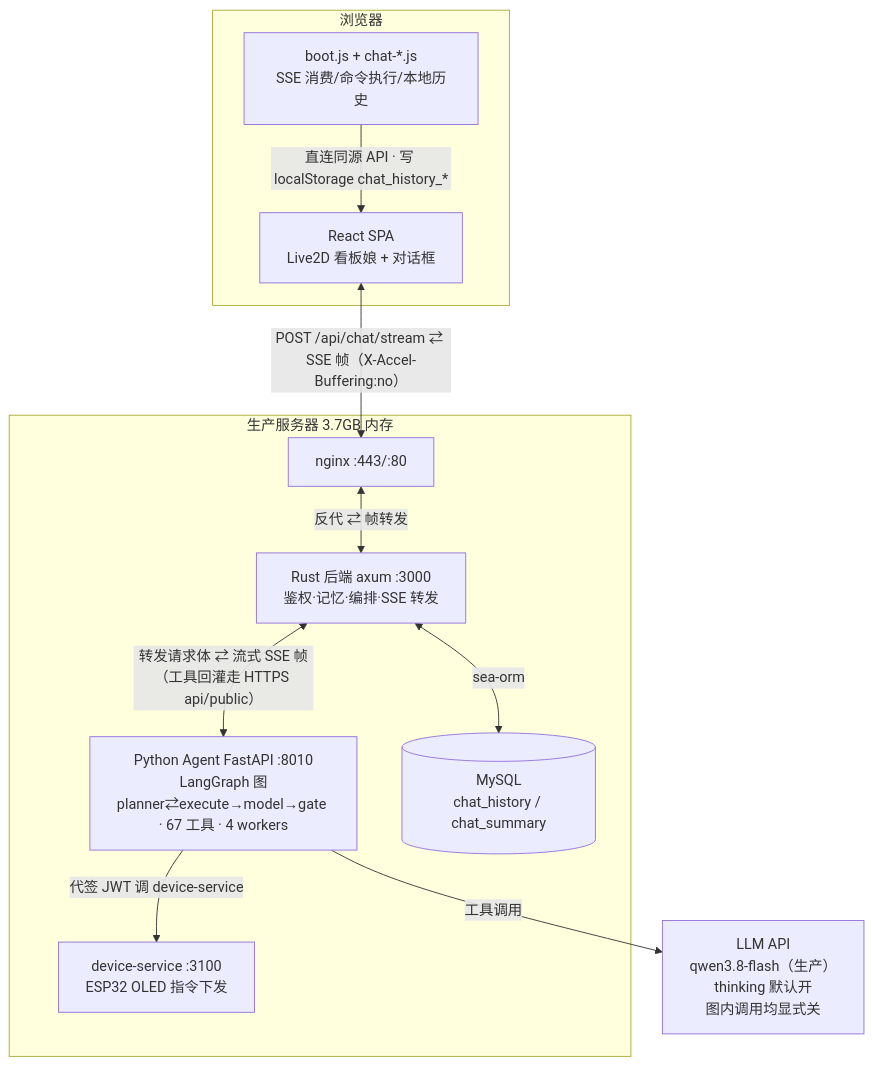
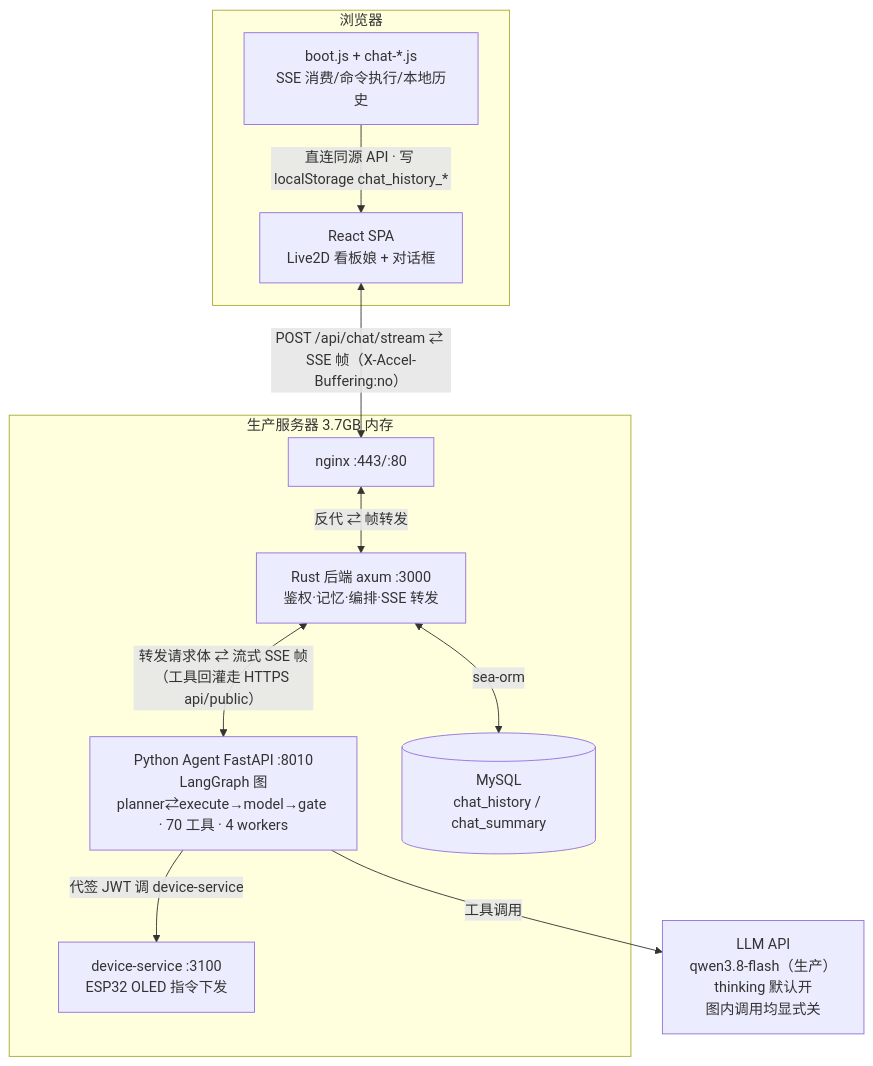
Before and after one commit to BigLeopardCat/saudade-blog-agent: the first of 5 diagrams in docs/agent-architecture.md, drawn with Mermaid. The commit also changed other lines of this file and 37 other files, not shown here.

````diff
--- a/docs/agent-architecture.md
+++ b/docs/agent-architecture.md
@@ -23,25 +23,25 @@
 ```mermaid
 flowchart TB
     subgraph Browser[浏览器]
         UI[React SPA<br/>Live2D 看板娘 + 对话框]
         AJS[boot.js + chat-*.js<br/>SSE 消费/命令执行/本地历史]
     end
 
     subgraph Server[生产服务器 3.7GB 内存]
         NGX[nginx :443/:80]
         RUST[Rust 后端 axum :3000<br/>鉴权·记忆·编排·SSE 转发]
-        AGT[Python Agent FastAPI :8010<br/>LangGraph 图<br/>planner⇄execute→model→gate · 67 工具 · 4 workers]
+        AGT[Python Agent FastAPI :8010<br/>LangGraph 图<br/>planner⇄execute→model→gate · 70 工具 · 4 workers]
         MYSQL[(MySQL<br/>chat_history / chat_summary)]
         DEV[device-service :3100<br/>ESP32 OLED 指令下发]
     end
 
     LLM[LLM API<br/>qwen3.8-flash（生产）<br/>thinking 默认开<br/>图内调用均显式关]
 
     UI <-->|"POST /api/chat/stream ⇄ SSE 帧（X-Accel-Buffering:no）"| NGX
     NGX <-->|"反代 ⇄ 帧转发"| RUST
     RUST <-->|"转发请求体 ⇄ 流式 SSE 帧<br/>（工具回灌走 HTTPS api/public）"| AGT
     AJS -->|"直连同源 API · 写 localStorage chat_history_*"| UI
     RUST <-->|sea-orm| MYSQL
     AGT -->|工具调用| LLM
     AGT -->|代签 JWT 调 device-service| DEV
 ```
````
